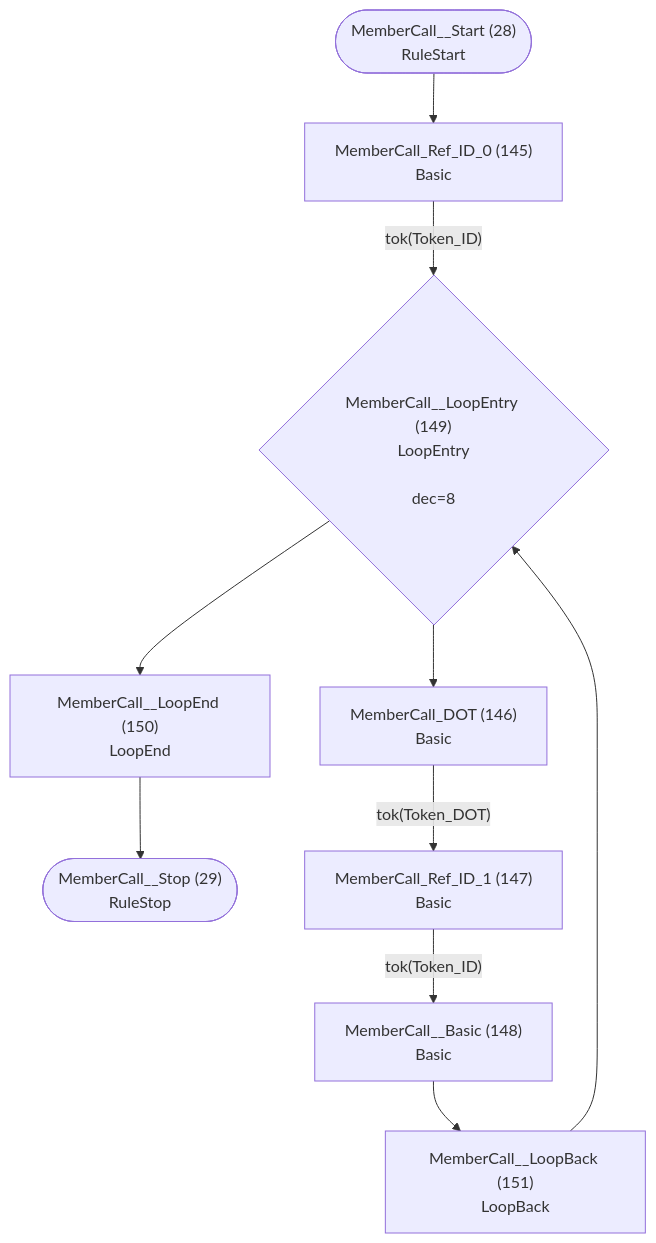
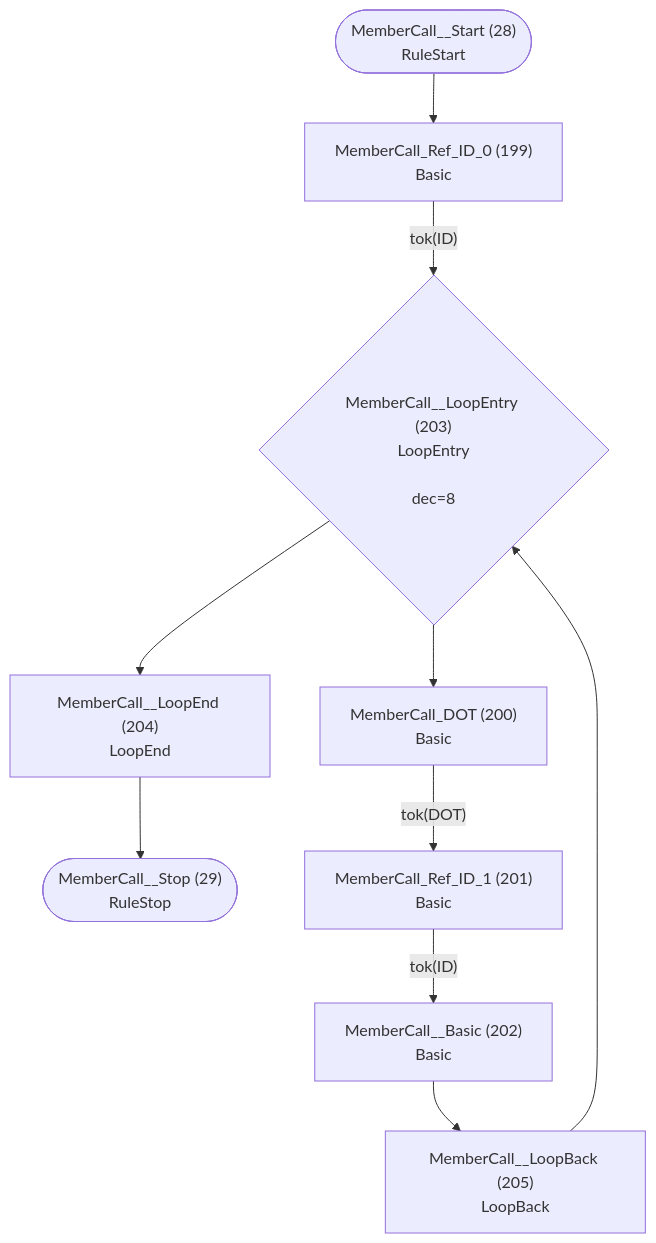
Diagram 15 of 41 in internal/languages/completion/atn.md (TypeFox/fastbelt), drawn with Mermaid before and after one commit. The commit also changed other lines of this file and 36 other files, not shown here.

````diff
--- a/internal/languages/completion/atn.md
+++ b/internal/languages/completion/atn.md
@@ -365,22 +410,22 @@
 ```mermaid
 flowchart TD
     q28(["MemberCall__Start (28)<br/>RuleStart"])
     q29(["MemberCall__Stop (29)<br/>RuleStop"])
-    q145["MemberCall_Ref_ID_0 (145)<br/>Basic<br/>"]
-    q146["MemberCall_DOT (146)<br/>Basic<br/>"]
-    q147["MemberCall_Ref_ID_1 (147)<br/>Basic<br/>"]
-    q148["MemberCall__Basic (148)<br/>Basic<br/>"]
-    q149{"MemberCall__LoopEntry (149)<br/>LoopEntry<br/><br/>dec=8"}
-    q150["MemberCall__LoopEnd (150)<br/>LoopEnd<br/>"]
-    q151["MemberCall__LoopBack (151)<br/>LoopBack<br/>"]
+    q199["MemberCall_Ref_ID_0 (199)<br/>Basic<br/>"]
+    q200["MemberCall_DOT (200)<br/>Basic<br/>"]
+    q201["MemberCall_Ref_ID_1 (201)<br/>Basic<br/>"]
+    q202["MemberCall__Basic (202)<br/>Basic<br/>"]
+    q203{"MemberCall__LoopEntry (203)<br/>LoopEntry<br/><br/>dec=8"}
+    q204["MemberCall__LoopEnd (204)<br/>LoopEnd<br/>"]
+    q205["MemberCall__LoopBack (205)<br/>LoopBack<br/>"]
 
-    q28 --> q145
-    q145 -->|"tok(Token_ID)"| q149
-    q146 -->|"tok(Token_DOT)"| q147
-    q147 -->|"tok(Token_ID)"| q148
-    q148 --> q151
-    q149 --> q146
-    q149 --> q150
-    q150 --> q29
-    q151 --> q149
+    q28 --> q199
+    q199 -->|"tok(ID)"| q203
+    q200 -->|"tok(DOT)"| q201
+    q201 -->|"tok(ID)"| q202
+    q202 --> q205
+    q203 --> q200
+    q203 --> q204
+    q204 --> q29
+    q205 --> q203
 ```
````
